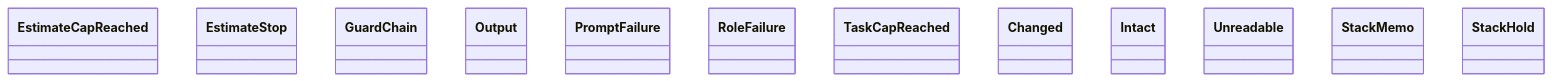
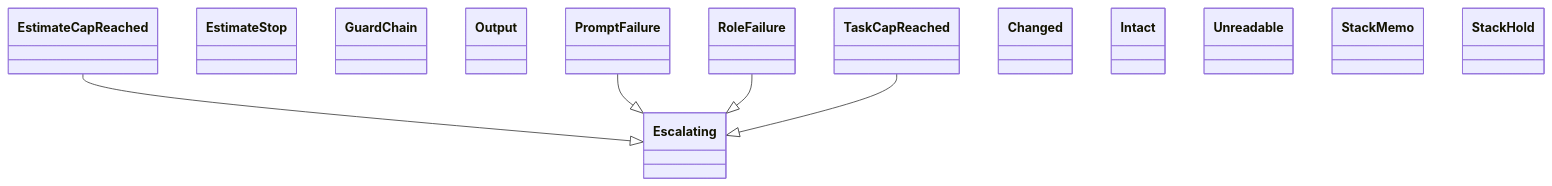
Before and after one commit to GonzaloZevallos/agentic-system: the diagram in docs/architecture/generated/classes-process-application-support-8.md, drawn with Mermaid. The commit also changed other lines of this file and 3 other files, not shown here.

````diff
--- a/docs/architecture/generated/classes-process-application-support-8.md
+++ b/docs/architecture/generated/classes-process-application-support-8.md
@@ -20,15 +20,20 @@
 ```mermaid
 classDiagram
+    class run_role__Escalating["Escalating"]
     class run_role__EstimateCapReached["EstimateCapReached"]
     class run_role__EstimateStop["EstimateStop"]
     class run_role__GuardChain["GuardChain"]
     class run_role__Output["Output"]
     class run_role__PromptFailure["PromptFailure"]
     class run_role__RoleFailure["RoleFailure"]
     class run_role__TaskCapReached["TaskCapReached"]
     class spec_guard__Changed["Changed"]
     class spec_guard__Intact["Intact"]
     class spec_guard__Unreadable["Unreadable"]
     class stack_facts__StackMemo["StackMemo"]
     class stack_hold__StackHold["StackHold"]
+    run_role__EstimateCapReached --|> run_role__Escalating
+    run_role__PromptFailure --|> run_role__Escalating
+    run_role__RoleFailure --|> run_role__Escalating
+    run_role__TaskCapReached --|> run_role__Escalating
 ```
````
